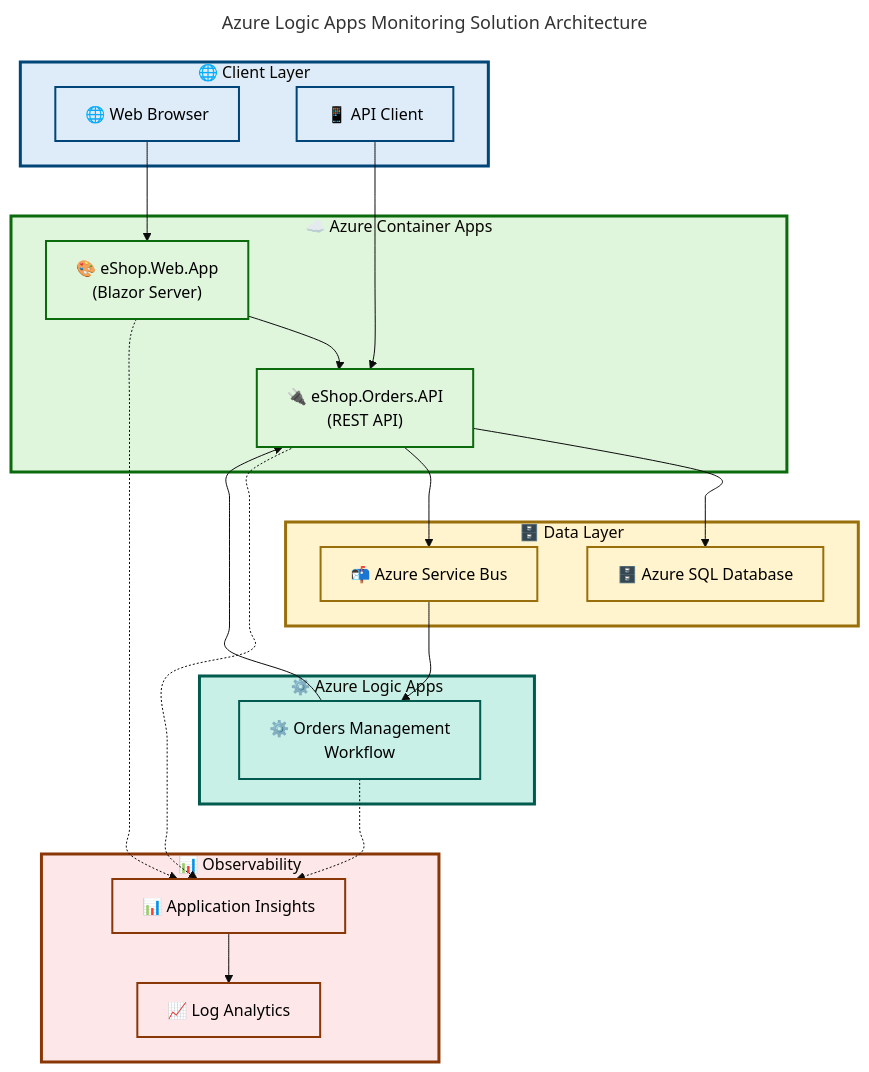
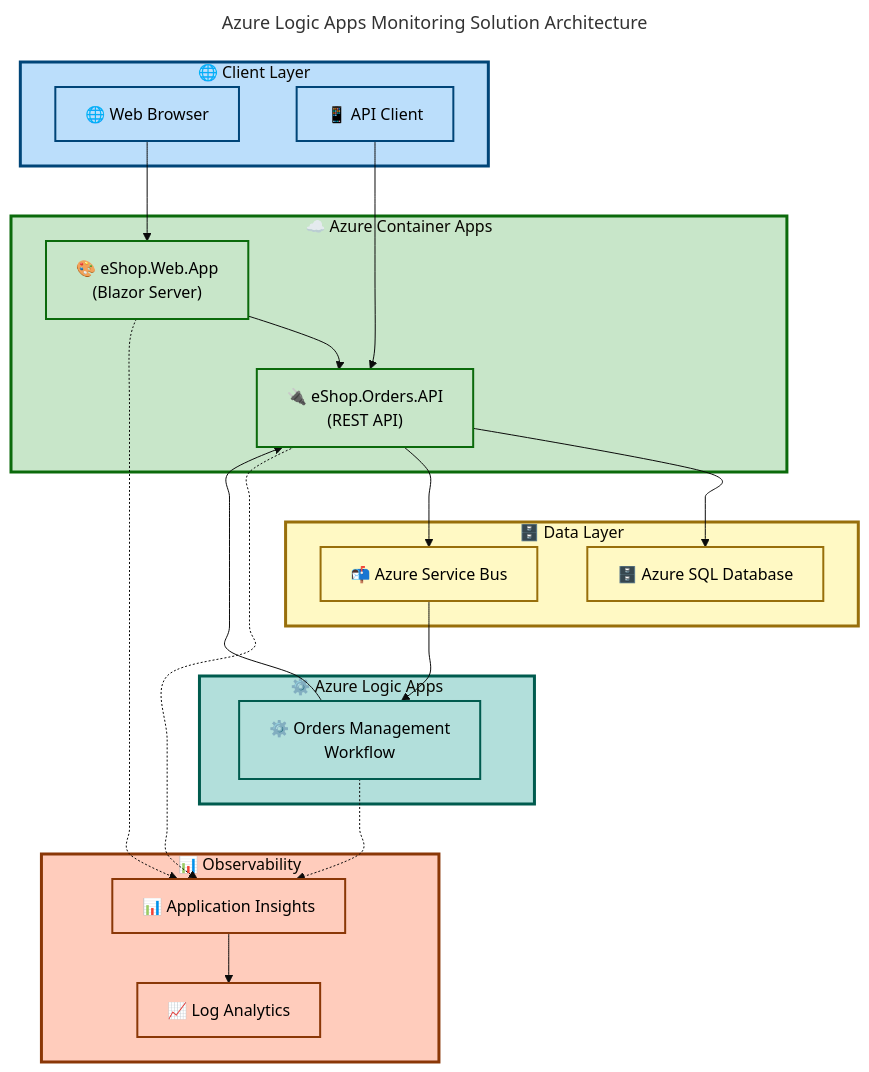
One commit to Evilazaro/Azure-LogicApps-Monitoring changed the diagram in README.md. Above: the diagram before and after it, drawn with Mermaid.

Commit message:
docs: update color scheme in mermaid diagram for improved clarity and accessibility

````diff
--- a/README.md
+++ b/README.md
@@ -256,74 +256,74 @@
 ```mermaid
 ---
 title: Azure Logic Apps Monitoring Solution Architecture
 config:
   theme: base
   flowchart:
     htmlLabels: false
     curve: cardinal
 ---
 flowchart TB
     accTitle: Azure Logic Apps Monitoring Solution Architecture
     accDescr: Distributed microservices architecture with .NET Aspire orchestration, Azure Container Apps, Logic Apps workflows, and comprehensive observability through Application Insights
 
     %% ============================================
     %% COLOR SCHEME v5.0 (Microsoft Fluent UI / Azure)
     %% Semantic colors for functional distinction
     %% Client=Blue, Apps=Green, Workflow=Teal, Data=Yellow, Observability=Orange
     %% ============================================
 
     %% Azure Fluent UI semantic color palette (100-level for content nodes)
-    classDef azureBlue fill:#DEECF9,stroke:#004578,stroke-width:2px,color:#000
-    classDef successGreen fill:#DFF6DD,stroke:#0B6A0B,stroke-width:2px,color:#000
-    classDef presenceTeal fill:#C8F0E7,stroke:#005B4E,stroke-width:2px,color:#000
-    classDef sharedYellow fill:#FFF4CE,stroke:#986F0B,stroke-width:2px,color:#000
-    classDef warningOrange fill:#FDE7E9,stroke:#8A3707,stroke-width:2px,color:#000
+    classDef azureBlue fill:#BBDEFB,stroke:#004578,stroke-width:2px,color:#000
+    classDef successGreen fill:#C8E6C9,stroke:#0B6A0B,stroke-width:2px,color:#000
+    classDef presenceTeal fill:#B2DFDB,stroke:#005B4E,stroke-width:2px,color:#000
+    classDef sharedYellow fill:#FFF9C4,stroke:#986F0B,stroke-width:2px,color:#000
+    classDef warningOrange fill:#FFCCBC,stroke:#8A3707,stroke-width:2px,color:#000
 
     subgraph client["🌐 Client Layer"]
         browser["🌐 Web Browser"]:::azureBlue
         api_client["📱 API Client"]:::azureBlue
     end
 
     subgraph container_apps["☁️ Azure Container Apps"]
         web_app["🎨 eShop.Web.App<br/>(Blazor Server)"]:::successGreen
         orders_api["🔌 eShop.Orders.API<br/>(REST API)"]:::successGreen
     end
 
     subgraph logic_apps["⚙️ Azure Logic Apps"]
         logic_app["⚙️ Orders Management<br/>Workflow"]:::presenceTeal
     end
 
     subgraph data["🗄️ Data Layer"]
         sql_db["🗄️ Azure SQL Database"]:::sharedYellow
         service_bus["📬 Azure Service Bus"]:::sharedYellow
     end
 
     subgraph observability["📊 Observability"]
         app_insights["📊 Application Insights"]:::warningOrange
         log_analytics["📈 Log Analytics"]:::warningOrange
     end
 
     %% Request flow paths
     browser --> web_app
     api_client --> orders_api
     web_app --> orders_api
     orders_api --> sql_db
     orders_api --> service_bus
     service_bus --> logic_app
     logic_app --> orders_api
 
     %% Telemetry paths (dotted lines for observability)
     orders_api -.-> app_insights
     web_app -.-> app_insights
     logic_app -.-> app_insights
     app_insights --> log_analytics
 
     %% SUBGRAPH STYLING (5 subgraphs = 5 style directives - MRM-S001 compliant)
-    style client fill:#DEECF9,stroke:#004578,stroke-width:3px
-    style container_apps fill:#DFF6DD,stroke:#0B6A0B,stroke-width:3px
-    style logic_apps fill:#C8F0E7,stroke:#005B4E,stroke-width:3px
-    style data fill:#FFF4CE,stroke:#986F0B,stroke-width:3px
-    style observability fill:#FDE7E9,stroke:#8A3707,stroke-width:3px
+    style client fill:#BBDEFB,stroke:#004578,stroke-width:3px
+    style container_apps fill:#C8E6C9,stroke:#0B6A0B,stroke-width:3px
+    style logic_apps fill:#B2DFDB,stroke:#005B4E,stroke-width:3px
+    style data fill:#FFF9C4,stroke:#986F0B,stroke-width:3px
+    style observability fill:#FFCCBC,stroke:#8A3707,stroke-width:3px
 
     %% Accessibility: WCAG AA verified (4.5:1 contrast ratio minimum)
 ```
````
